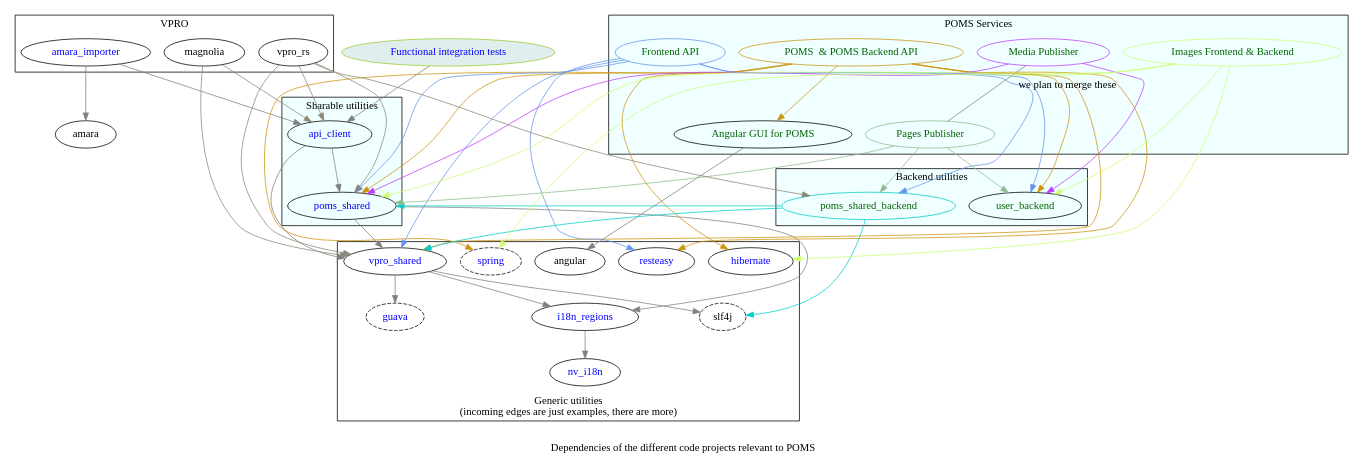
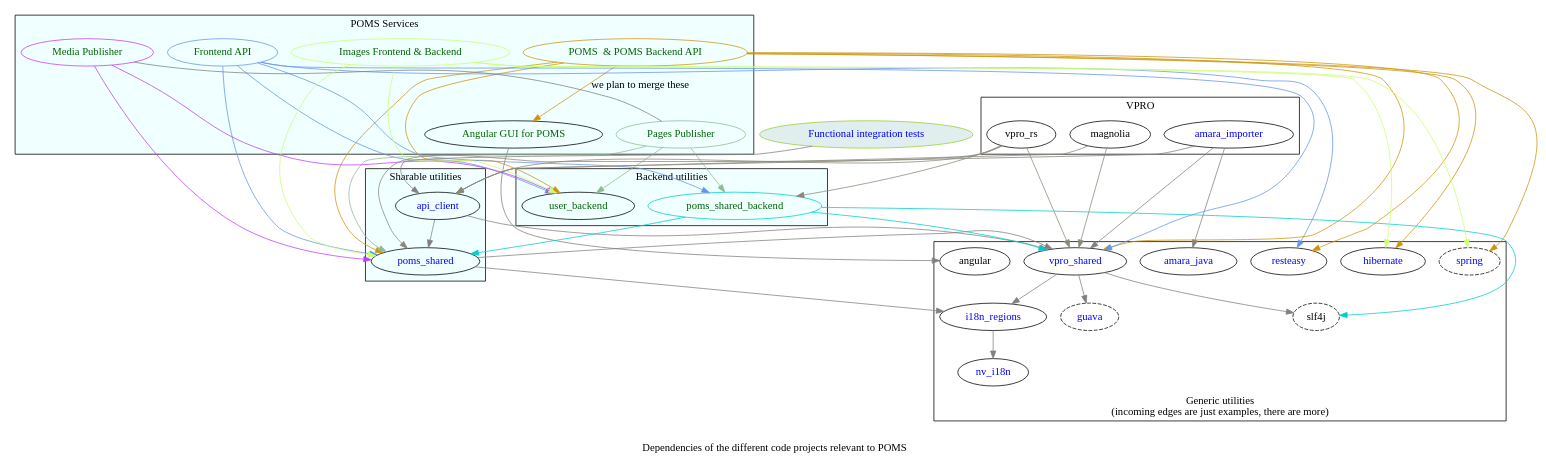
Before and after one commit to npo-poms/poms-parent: the diagram in poms-dependencies.dot, drawn with Graphviz. The commit also changed 2 other files, not shown here.

```diff
--- a/poms-dependencies.dot
+++ b/poms-dependencies.dot
@@ -21,6 +21,12 @@
      fontcolor=blue
 
    ]
+   amara_java[
+      href="https://github.com/vpro/amara-java"
+     fontcolor=blue
+
+   ]
+
    resteasy [
       href="https://github.com/resteasy/Resteasy"
      fontcolor=blue
@@ -122,6 +128,7 @@
     resteasy
     hibernate
     angular
+    amara_java
   }
 
   subgraph cluster_1  {
@@ -243,7 +250,8 @@
 
   amara_importer -> {
      api_client
-     amara
+     amara_java
+     vpro_shared
   }
 
 
```
